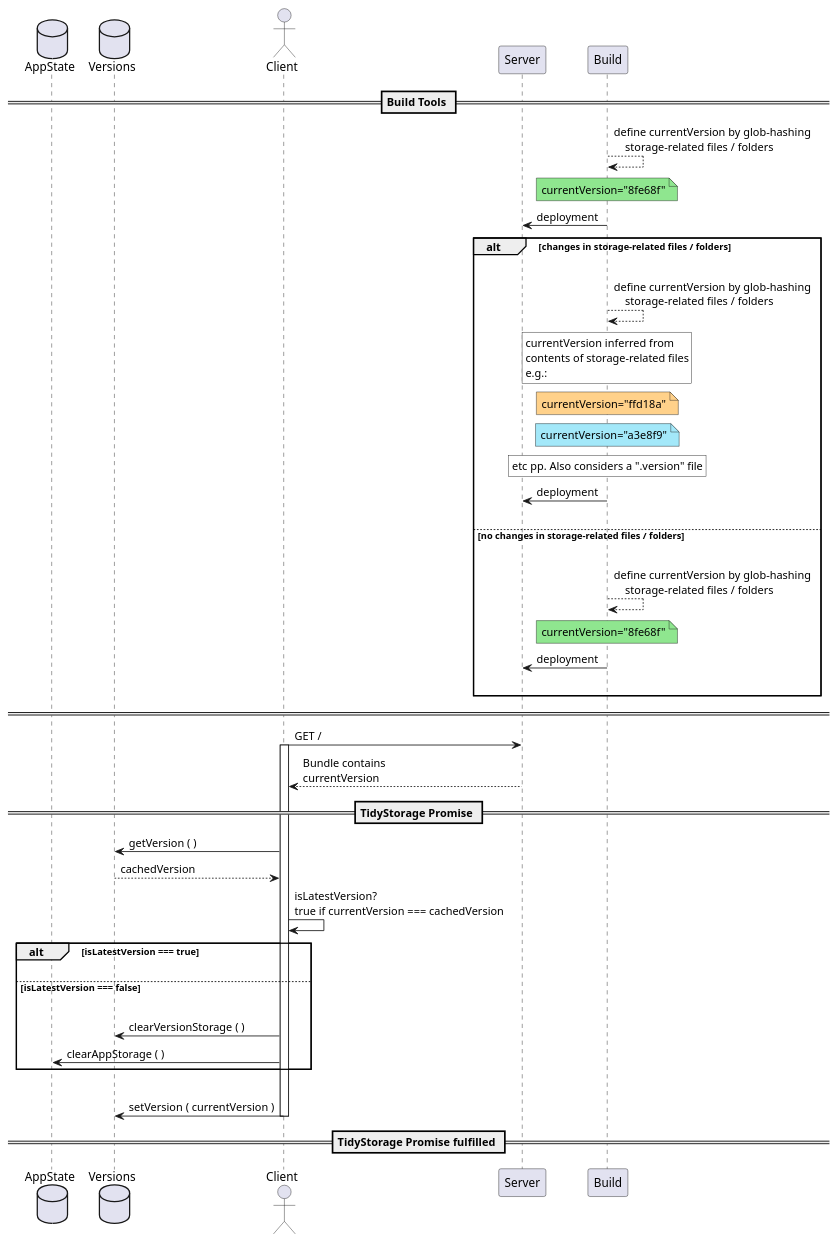
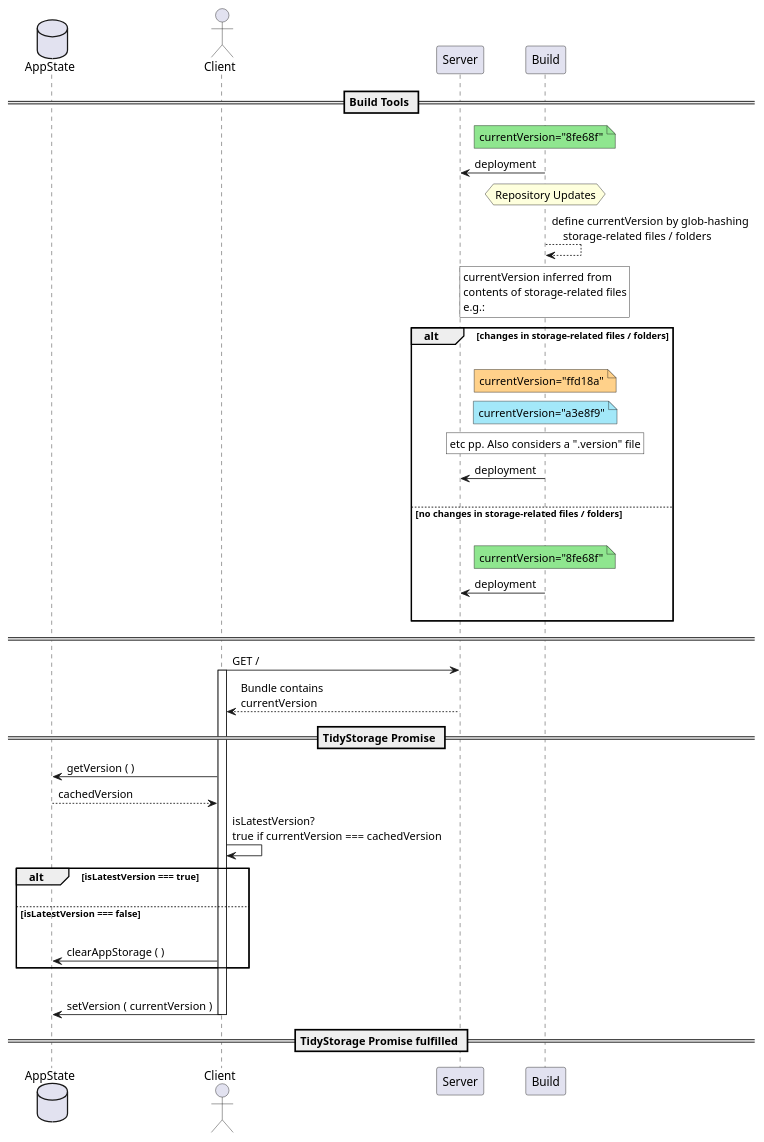
Before and after one commit to 4iAmAve/tidy-store: the diagram in flow.puml, drawn with PlantUML. The commit also changed 1 other file, not shown here.

```diff
--- a/flow.puml
+++ b/flow.puml
@@ -1,64 +1,62 @@
 @startuml
 skinparam ParticipantPadding 20
 skinparam BoxPadding 10
 database AppState
-database Versions
 actor Client
 participant Server
 participant Build
 
 == Build Tools ==
 
-Build --> Build: define currentVersion by glob-hashing\n    storage-related files / folders
-
 note over Build #8fe68f: currentVersion="8fe68f"
 Build -> Server: deployment
 
+hnote over Build: Repository Updates
+
+Build --> Build: define currentVersion by glob-hashing\n    storage-related files / folders
+
+rnote over Build #fff: currentVersion inferred from\ncontents of storage-related files\ne.g.:
+
 alt changes in storage-related files / folders
     |||
-    Build --> Build: define currentVersion by glob-hashing\n    storage-related files / folders
-
-    rnote over Build #fff: currentVersion inferred from\ncontents of storage-related files\ne.g.:
     note over Build #ffd18a: currentVersion="ffd18a"
     note over Build #a3e8f9: currentVersion="a3e8f9"
     rnote over Build #fff: etc pp. Also considers a \'".version\'" file
     Build -> Server: deployment
 |||
 else no changes in storage-related files / folders
 |||
-    Build --> Build: define currentVersion by glob-hashing\n    storage-related files / folders
     note over Build #8fe68f: currentVersion="8fe68f"
     Build -> Server: deployment
 |||
 end
 
 ==  ==
 
 Client -> Server: GET /
 
 activate Client
 
 Server --> Client: Bundle contains\ncurrentVersion
 
 == TidyStorage Promise ==
 
-Client -> Versions: getVersion ( )
-Versions --> Client: cachedVersion
+Client -> AppState: getVersion ( )
+AppState --> Client: cachedVersion
 
 Client -> Client: isLatestVersion?\ntrue if currentVersion === cachedVersion
 
 alt isLatestVersion === true
 |||
 else isLatestVersion === false
 |||
-   Client -> Versions: clearVersionStorage ( )
    Client -> AppState: clearAppStorage ( )
 end
 |||
-Client -> Versions: setVersion ( currentVersion )
+Client -> AppState: setVersion ( currentVersion )
 
 deactivate Client
 
 == TidyStorage Promise fulfilled ==
 
 @enduml
```
